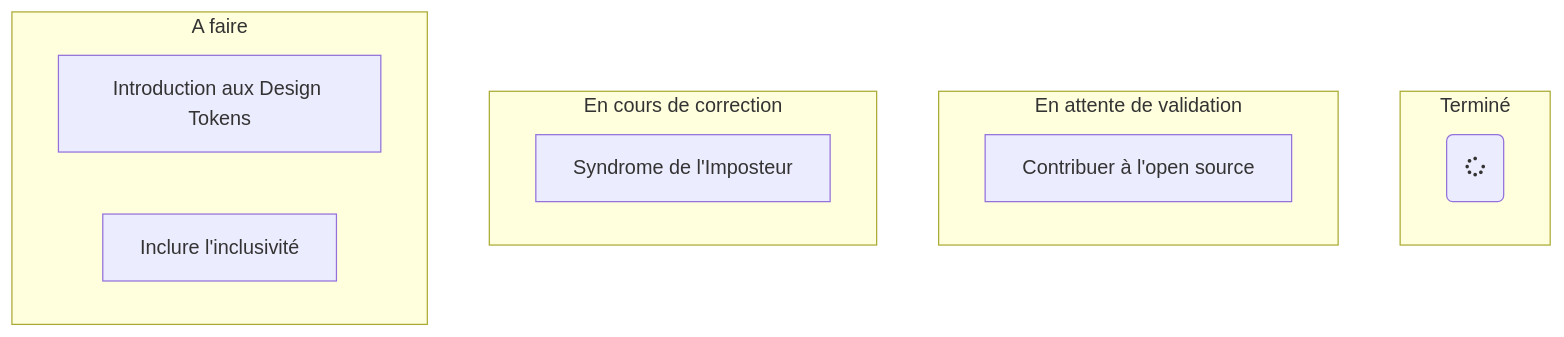
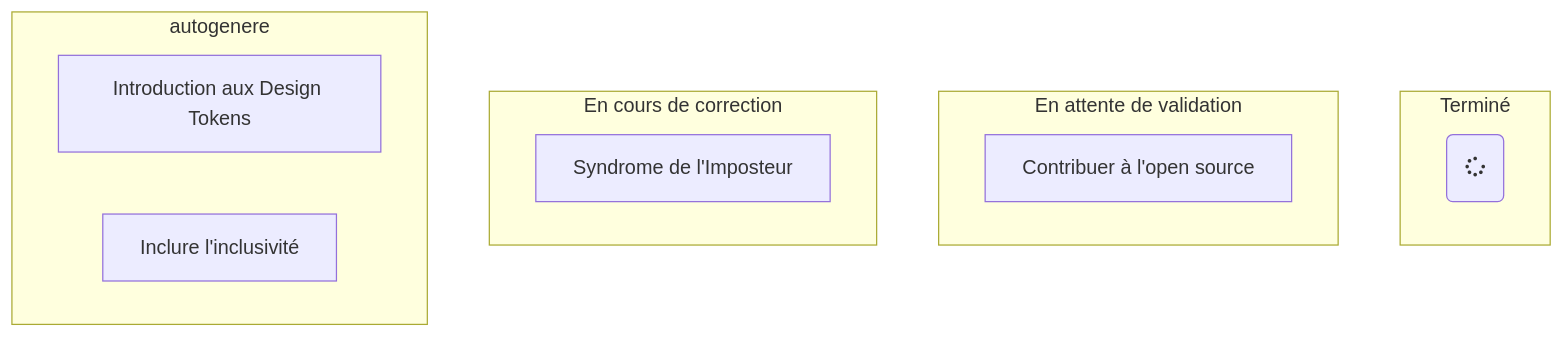
The second of 2 diagrams in README.md (Noirtam/BDX-IO-2022-SOUS-TITRE), drawn with Mermaid before and after one commit. The commit also changed other lines of this file, not shown here.

First line of the commit message:
Diagramme de séquence

````diff
--- a/README.md
+++ b/README.md
@@ -24,19 +38,19 @@
 ```mermaid
 flowchart TB
     subgraph Terminé
     Z(fa:fa-spinner);
     end
     
     subgraph En attente de validation
     A["Contribuer à l'open source"]
     end
     
     subgraph En cours de correction
     D["Syndrome de l'Imposteur"]
     end
 
-    subgraph A faire
+    subgraph autogenere
     B["Introduction aux Design Tokens"]
     C["Inclure l'inclusivité"]
     end
 ```
````
